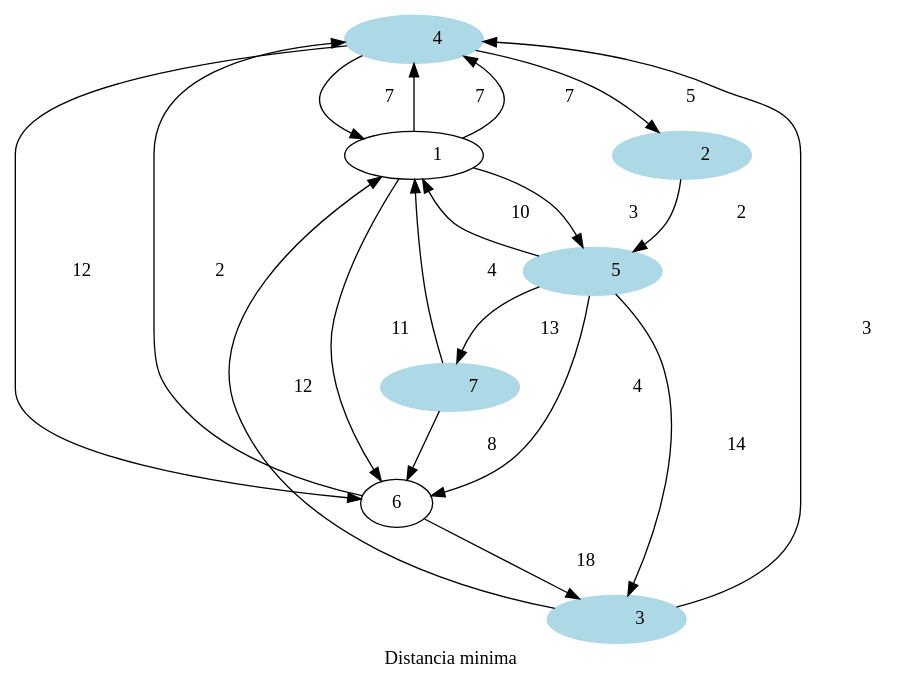
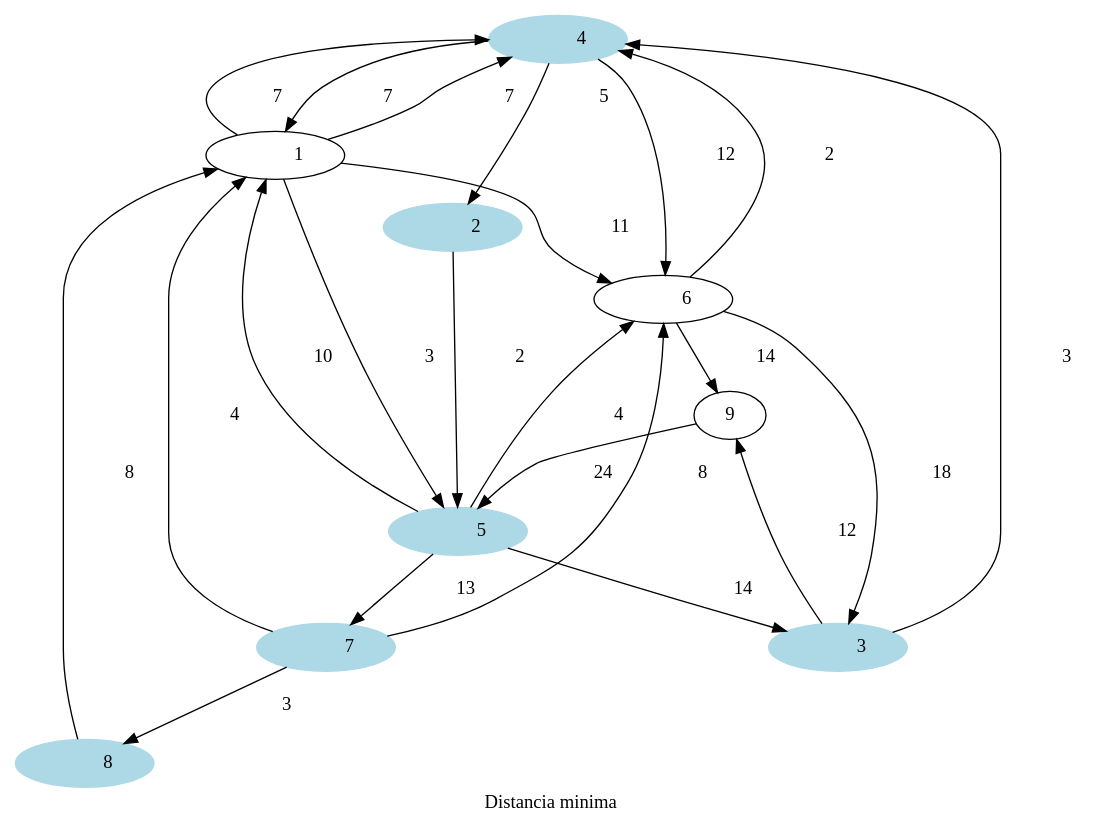
The diagram in FASE3/distancia_min.dot (nxz7/EDD_PROYECTO-_202200007), drawn with Graphviz before and after one commit. The commit also changed 16 other files, not shown here.

```diff
--- a/FASE3/distancia_min.dot
+++ b/FASE3/distancia_min.dot
@@ -1,32 +1,39 @@
  digraph G {
  label="Distancia minima"
            4 [label = "           4 ", style=filled, color = lightblue]
            5 [label = "           5 ", style=filled, color = lightblue]
            4 [label = "           4 ", style=filled, color = lightblue]
            1 [label = "           1 "]
            1  ->            4  [label = "           7 ", dir = normal];
            1  ->            5  [label = "           3 ", dir = normal];
            1  ->            4  [label = "           7 ", dir = normal];
            1  ->            6  [label = "          11 ", dir = normal];
            2 [label = "           2 ", style=filled, color = lightblue]
            2  ->            5  [label = "           2 ", dir = normal];
            3 [label = "           3 ", style=filled, color = lightblue]
-           3  ->            1  [label = "          12 ", dir = normal];
+           3  ->            9  [label = "          12 ", dir = normal];
            3  ->            4  [label = "           3 ", dir = normal];
            4 [label = "           4 ", style=filled, color = lightblue]
            4  ->            2  [label = "           5 ", dir = normal];
            4  ->            6  [label = "          12 ", dir = normal];
            4  ->            1  [label = "           7 ", dir = normal];
            5 [label = "           5 ", style=filled, color = lightblue]
            5  ->            3  [label = "          14 ", dir = normal];
            5  ->            1  [label = "          10 ", dir = normal];
            5  ->            7  [label = "          13 ", dir = normal];
            5  ->            6  [label = "           4 ", dir = normal];
            4 [label = "           4 ", style=filled, color = lightblue]
            3 [label = "           3 ", style=filled, color = lightblue]
+           6 [label = "           6 "]
            6  ->            4  [label = "           2 ", dir = normal];
            6  ->            3  [label = "          18 ", dir = normal];
+           6  ->            9  [label = "          14 ", dir = normal];
            7 [label = "           7 ", style=filled, color = lightblue]
            7  ->            1  [label = "           4 ", dir = normal];
            7  ->            6  [label = "           8 ", dir = normal];
+           7  ->            8  [label = "           3 ", dir = normal];
+           8 [label = "           8 ", style=filled, color = lightblue]
+           8  ->            1  [label = "           8 ", dir = normal];
+           5 [label = "           5 ", style=filled, color = lightblue]
+           9  ->            5  [label = "          24 ", dir = normal];
  }
```
